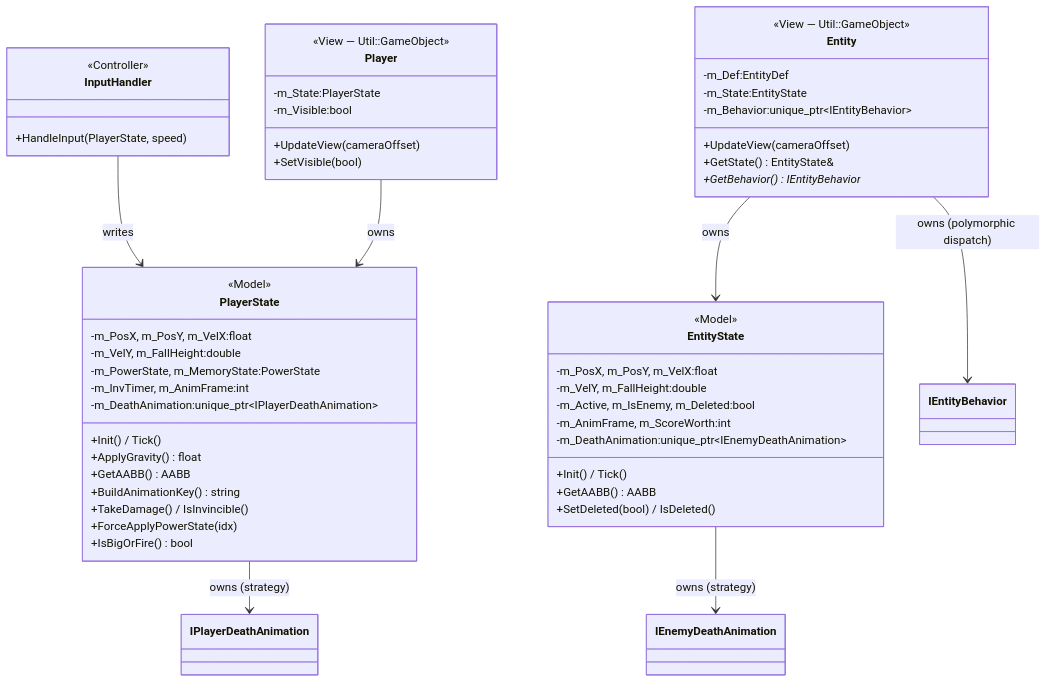
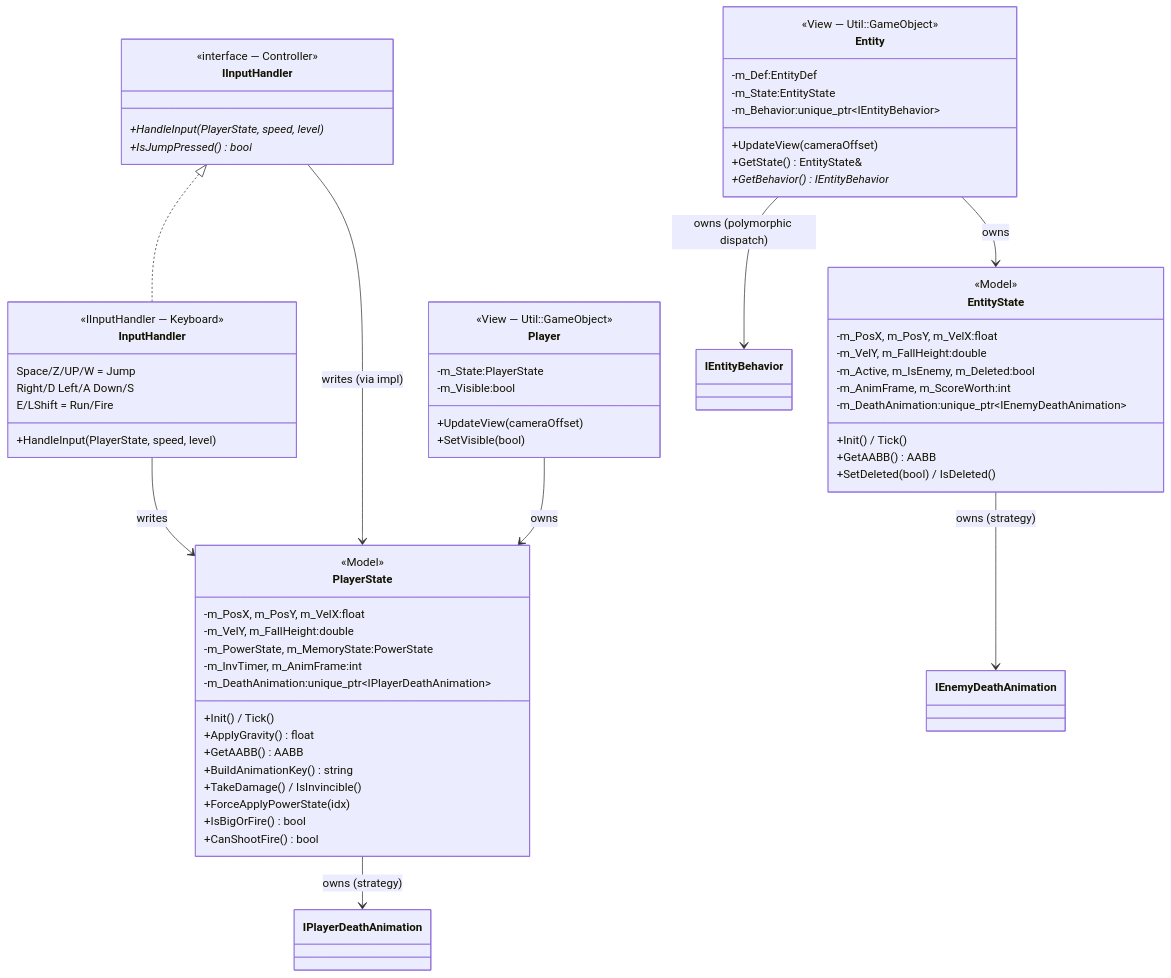
The ninth of 12 diagrams in Constructure.md (Andy87877/NTUT_OOPL_mario), drawn with Mermaid before and after one commit. The commit also changed other lines of this file and 164 other files, not shown here.

First line of the commit message:
refactor: Implement InputHandler, CoinUI, FloatingText, and UIManager

````diff
--- a/Constructure.md
+++ b/Constructure.md
@@ -455,63 +539,76 @@
 ```mermaid
 classDiagram
     direction TB
 
     class PlayerState {
         <<Model>>
         -m_PosX, m_PosY, m_VelX:float
         -m_VelY, m_FallHeight:double
         -m_PowerState, m_MemoryState:PowerState
         -m_InvTimer, m_AnimFrame:int
         -m_DeathAnimation:unique_ptr~IPlayerDeathAnimation~
         +Init() / Tick()
         +ApplyGravity() float
         +GetAABB() AABB
         +BuildAnimationKey() string
         +TakeDamage() / IsInvincible()
         +ForceApplyPowerState(idx)
         +IsBigOrFire() bool
+        +CanShootFire() bool
     }
 
     class Player {
         <<View — Util::GameObject>>
         -m_State:PlayerState
         -m_Visible:bool
         +UpdateView(cameraOffset)
         +SetVisible(bool)
     }
 
+    class IInputHandler {
+        <<interface — Controller>>
+        +HandleInput(PlayerState, speed, level)*
+        +IsJumpPressed() bool*
+    }
+
     class InputHandler {
-        <<Controller>>
-        +HandleInput(PlayerState, speed)
+        <<IInputHandler — Keyboard>>
+        Space/Z/UP/W = Jump
+        Right/D Left/A Down/S
+        E/LShift = Run/Fire
+        +HandleInput(PlayerState, speed, level)
     }
+
+    IInputHandler <|.. InputHandler
 
     class EntityState {
         <<Model>>
         -m_PosX, m_PosY, m_VelX:float
         -m_VelY, m_FallHeight:double
         -m_Active, m_IsEnemy, m_Deleted:bool
         -m_AnimFrame, m_ScoreWorth:int
         -m_DeathAnimation:unique_ptr~IEnemyDeathAnimation~
         +Init() / Tick()
         +GetAABB() AABB
         +SetDeleted(bool) / IsDeleted()
     }
 
     class Entity {
         <<View — Util::GameObject>>
         -m_Def:EntityDef
         -m_State:EntityState
         -m_Behavior:unique_ptr~IEntityBehavior~
         +UpdateView(cameraOffset)
         +GetState() EntityState&
         +GetBehavior() IEntityBehavior*
     }
 
     InputHandler --> PlayerState : writes
+    IInputHandler --> PlayerState : writes (via impl)
     Player --> PlayerState : owns
     PlayerState --> IPlayerDeathAnimation : owns (strategy)
 
     Entity --> EntityState : owns
     EntityState --> IEnemyDeathAnimation : owns (strategy)
     Entity --> IEntityBehavior : owns (polymorphic dispatch)
 ```
````
